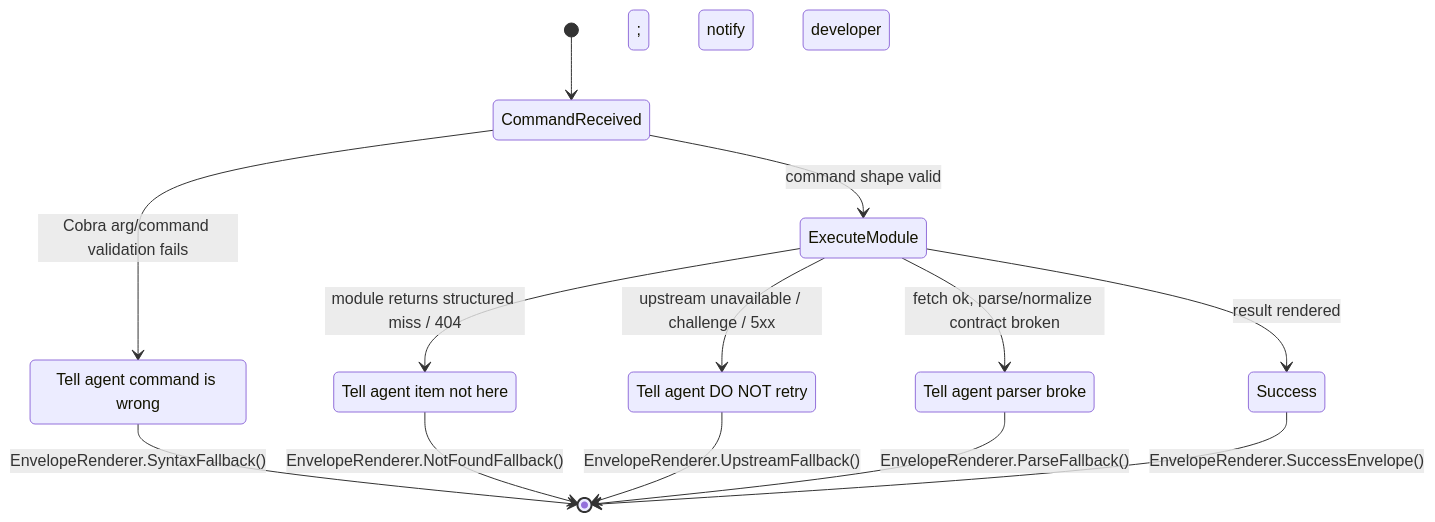
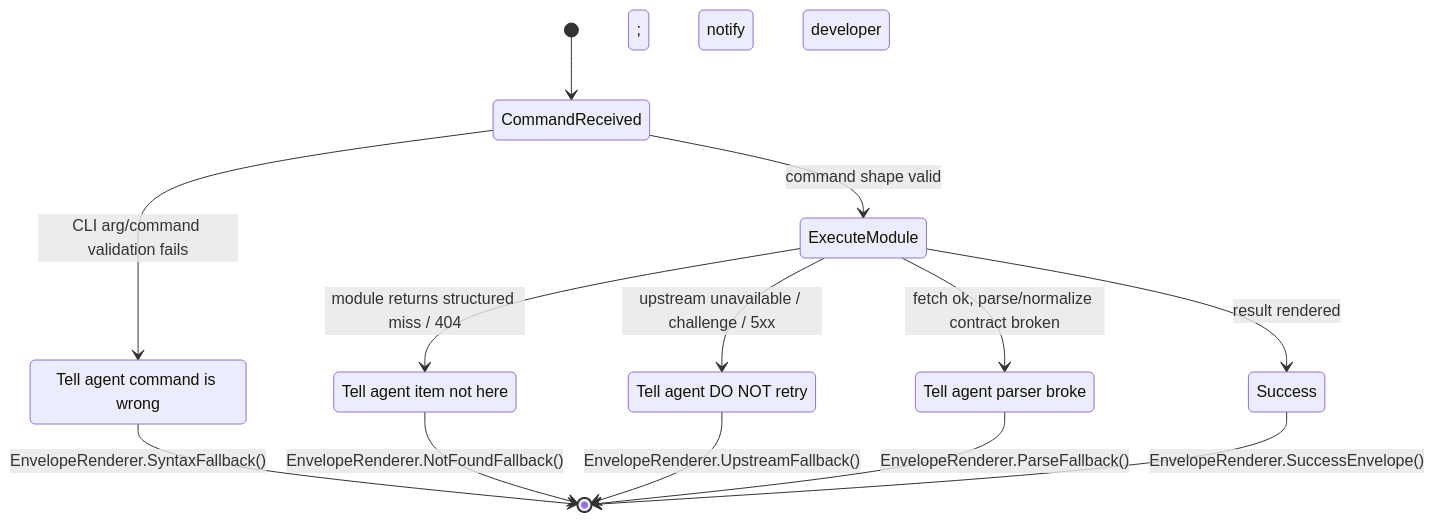
The third of 3 diagrams in docs/architecture_v2_oraculo.md (Disble/dlexa), drawn with Mermaid before and after one commit. The commit also changed other lines of this file and 13 other files, not shown here.

Commit message:
docs: align runtime architecture guidance

````diff
--- a/docs/architecture_v2_oraculo.md
+++ b/docs/architecture_v2_oraculo.md
@@ -187,21 +188,21 @@
 ```mermaid
 stateDiagram-v2
     [*] --> CommandReceived
-    CommandReceived --> SyntaxError: Cobra arg/command validation fails
+    CommandReceived --> SyntaxError: CLI arg/command validation fails
     CommandReceived --> ExecuteModule: command shape valid
     ExecuteModule --> NotFound: module returns structured miss / 404
     ExecuteModule --> Upstream503: upstream unavailable / challenge / 5xx
     ExecuteModule --> ParseError: fetch ok, parse/normalize contract broken
     ExecuteModule --> Success: result rendered
 
     SyntaxError: Tell agent command is wrong
     NotFound: Tell agent item not here
     Upstream503: Tell agent DO NOT retry
     ParseError: Tell agent parser broke; notify developer
 
     SyntaxError --> [*]: EnvelopeRenderer.SyntaxFallback()
     NotFound --> [*]: EnvelopeRenderer.NotFoundFallback()
     Upstream503 --> [*]: EnvelopeRenderer.UpstreamFallback()
     ParseError --> [*]: EnvelopeRenderer.ParseFallback()
     Success --> [*]: EnvelopeRenderer.SuccessEnvelope()
 ```
````
